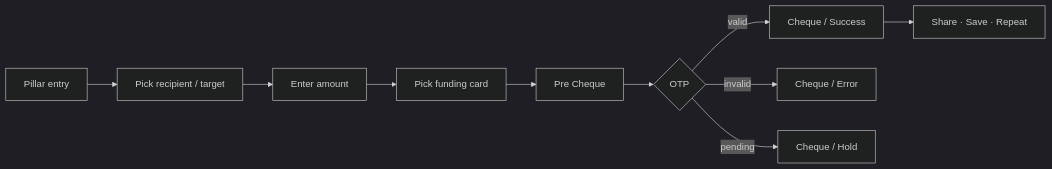
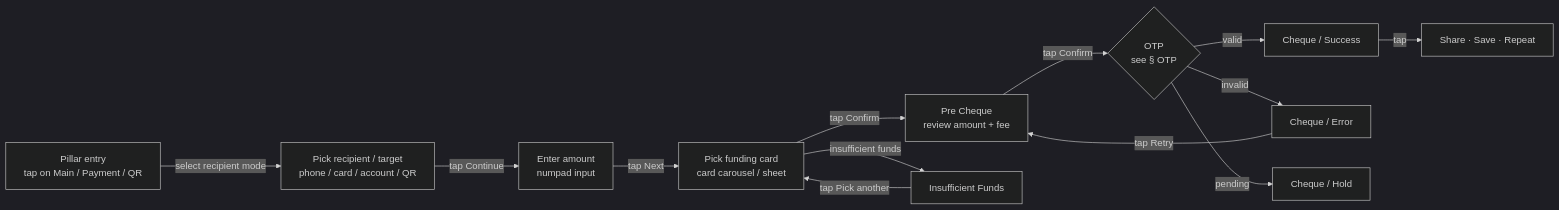
One commit to SardorAllaberganov/UI-Projects changed the fourth of 4 diagrams in Unired/User_flows/00_Shared_flows.md. Above: the diagram before and after it, drawn with Mermaid (dark theme). The commit also changed other lines of this file and 10 other files, not shown here.

First line of the commit message:
Expand Unired user-flow docs with detailed steps

````diff
--- a/Unired/User_flows/00_Shared_flows.md
+++ b/Unired/User_flows/00_Shared_flows.md
@@ -182,12 +268,15 @@
 ```mermaid
 flowchart LR
-    Entry[Pillar entry] --> Recipient[Pick recipient / target]
-    Recipient --> Amount[Enter amount]
-    Amount --> Card[Pick funding card]
-    Card --> Confirm[Pre Cheque]
-    Confirm --> OTP{OTP}
+    Entry[Pillar entry<br/>tap on Main / Payment / QR] -->|select recipient mode| Recipient[Pick recipient / target<br/>phone / card / account / QR]
+    Recipient -->|tap Continue| Amount[Enter amount<br/>numpad input]
+    Amount -->|tap Next| Card[Pick funding card<br/>card carousel / sheet]
+    Card -->|tap Confirm| Confirm[Pre Cheque<br/>review amount + fee]
+    Confirm -->|tap Confirm| OTP{OTP<br/>see § OTP}
     OTP -->|valid| Success[Cheque / Success]
     OTP -->|invalid| Err[Cheque / Error]
     OTP -->|pending| Hold[Cheque / Hold]
-    Success --> Done[Share · Save · Repeat]
+    Success -->|tap| Done[Share · Save · Repeat]
+    Err -->|tap Retry| Confirm
+    Card -->|insufficient funds| InsufErr[Insufficient Funds]
+    InsufErr -->|tap Pick another| Card
 ```
````
